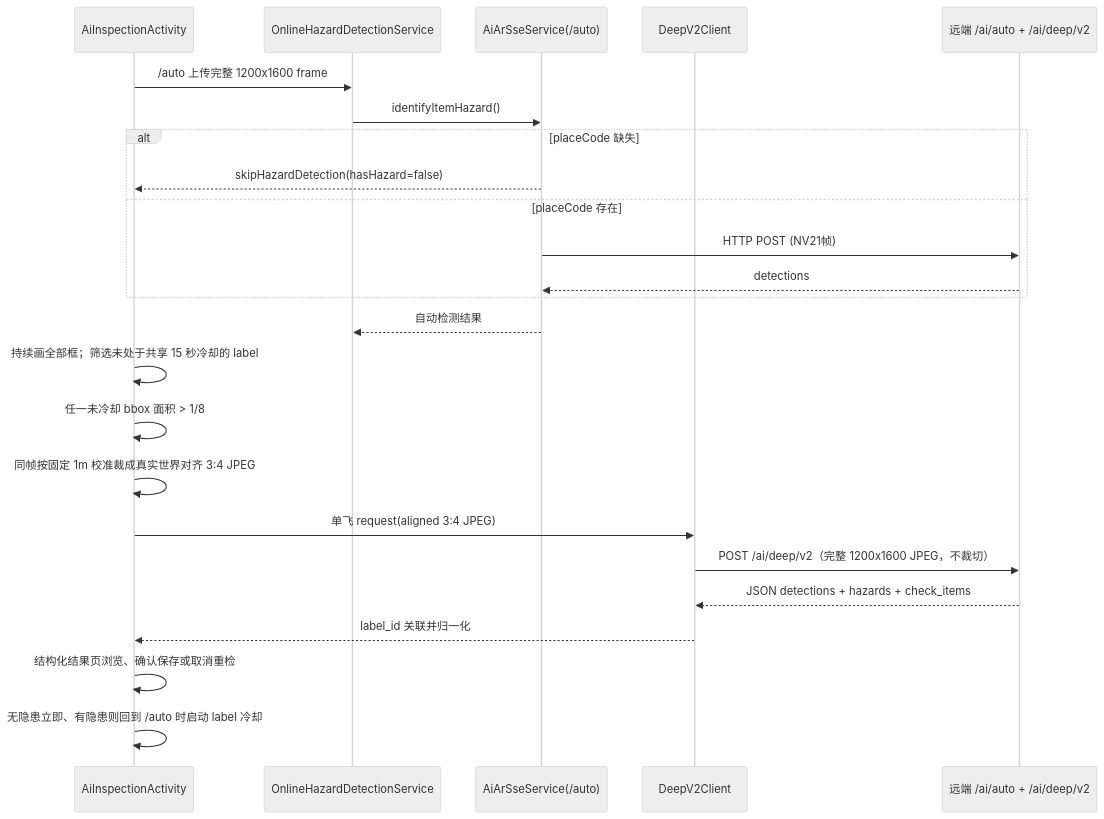
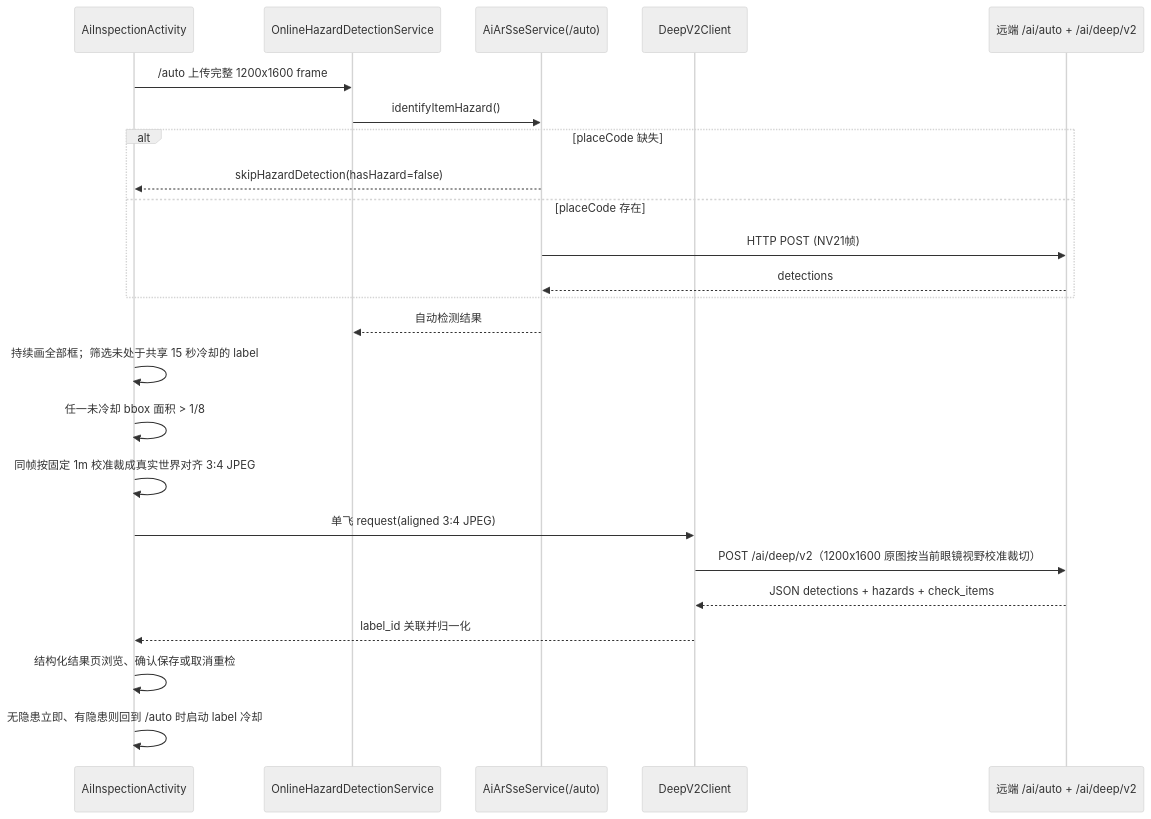
One commit to WuChaoli/HiddenRiskGlass changed the fourth of 9 diagrams in docs/CODEMAPS.md. Above: the diagram before and after it, drawn with Mermaid (neutral theme). The commit also changed other lines of this file and 6 other files, not shown here.

````diff
--- a/docs/CODEMAPS.md
+++ b/docs/CODEMAPS.md
@@ -191,27 +191,27 @@
 ```mermaid
 sequenceDiagram
     participant AI as AiInspectionActivity
     participant ODS as OnlineHazardDetectionService
     participant SSE as AiArSseService(/auto)
     participant V2 as DeepV2Client
     participant Remote as 远端 /ai/auto + /ai/deep/v2
 
     AI->>ODS: /auto 上传完整 1200x1600 frame
     ODS->>SSE: identifyItemHazard()
     alt placeCode 缺失
         SSE-->>AI: skipHazardDetection(hasHazard=false)
     else placeCode 存在
         SSE->>Remote: HTTP POST (NV21帧)
         Remote-->>SSE: detections
     end
     SSE-->>ODS: 自动检测结果
     AI->>AI: 持续画全部框；筛选未处于共享 15 秒冷却的 label
     AI->>AI: 任一未冷却 bbox 面积 > 1/8
     AI->>AI: 同帧按固定 1m 校准裁成真实世界对齐 3:4 JPEG
     AI->>V2: 单飞 request(aligned 3:4 JPEG)
-    V2->>Remote: POST /ai/deep/v2（完整 1200x1600 JPEG，不裁切）
+    V2->>Remote: POST /ai/deep/v2（1200x1600 原图按当前眼镜视野校准裁切）
     Remote-->>V2: JSON detections + hazards + check_items
     V2-->>AI: label_id 关联并归一化
     AI->>AI: 结构化结果页浏览、确认保存或取消重检
     AI->>AI: 无隐患立即、有隐患则回到 /auto 时启动 label 冷却
 ```
````
